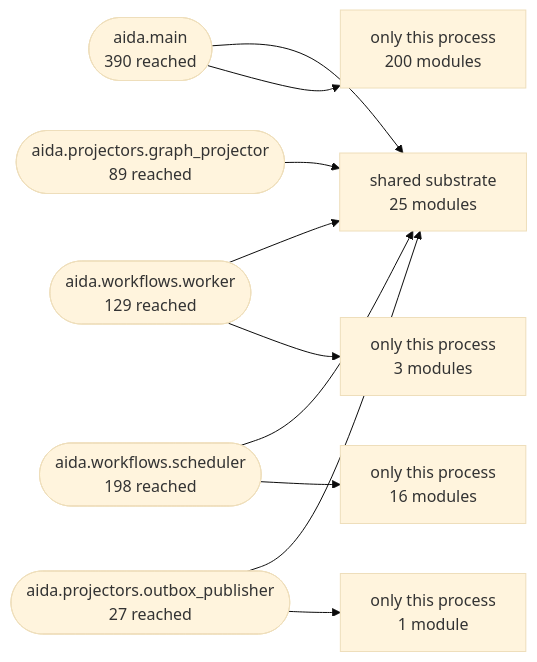
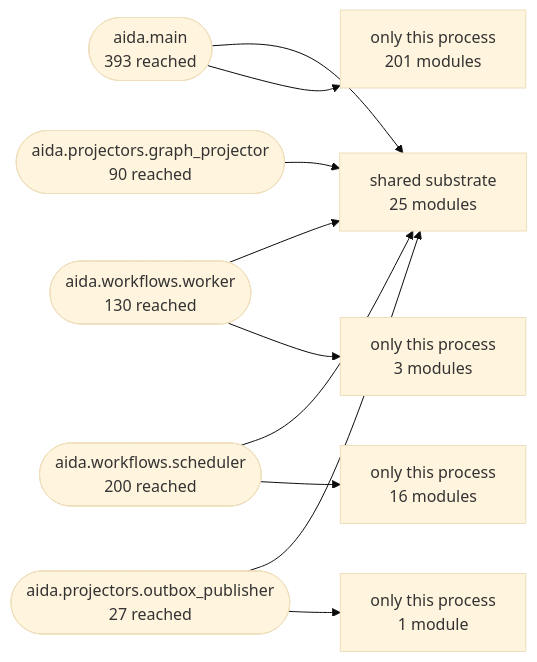
Before and after one commit to karuppusamym/AIDataAnalyst: the second of 3 diagrams in Docs/10-architecture/14-generated-architecture-map.md, drawn with Mermaid (base theme). The commit also changed other lines of this file and 8 other files, not shown here.

First line of the commit message:
Break the schema import cycle for good, and make ruff pass again (review 2026-09-05 R03)

````diff
--- a/Docs/10-architecture/14-generated-architecture-map.md
+++ b/Docs/10-architecture/14-generated-architecture-map.md
@@ -179,22 +178,22 @@
 ```mermaid
 graph LR
   shared["shared substrate<br/>25 modules"]
-  aida_main(["aida.main<br/>390 reached"])
-  aida_workflows_worker(["aida.workflows.worker<br/>129 reached"])
-  aida_workflows_scheduler(["aida.workflows.scheduler<br/>198 reached"])
-  aida_projectors_graph_projector(["aida.projectors.graph_projector<br/>89 reached"])
+  aida_main(["aida.main<br/>393 reached"])
+  aida_workflows_worker(["aida.workflows.worker<br/>130 reached"])
+  aida_workflows_scheduler(["aida.workflows.scheduler<br/>200 reached"])
+  aida_projectors_graph_projector(["aida.projectors.graph_projector<br/>90 reached"])
   aida_projectors_outbox_publisher(["aida.projectors.outbox_publisher<br/>27 reached"])
   aida_main --> shared
-  only_aida_main["only this process<br/>200 modules"]
+  only_aida_main["only this process<br/>201 modules"]
   aida_main --> only_aida_main
   aida_workflows_worker --> shared
   only_aida_workflows_worker["only this process<br/>3 modules"]
   aida_workflows_worker --> only_aida_workflows_worker
   aida_workflows_scheduler --> shared
   only_aida_workflows_scheduler["only this process<br/>16 modules"]
   aida_workflows_scheduler --> only_aida_workflows_scheduler
   aida_projectors_graph_projector --> shared
   aida_projectors_outbox_publisher --> shared
   only_aida_projectors_outbox_publisher["only this process<br/>1 module"]
   aida_projectors_outbox_publisher --> only_aida_projectors_outbox_publisher
 ```
````
